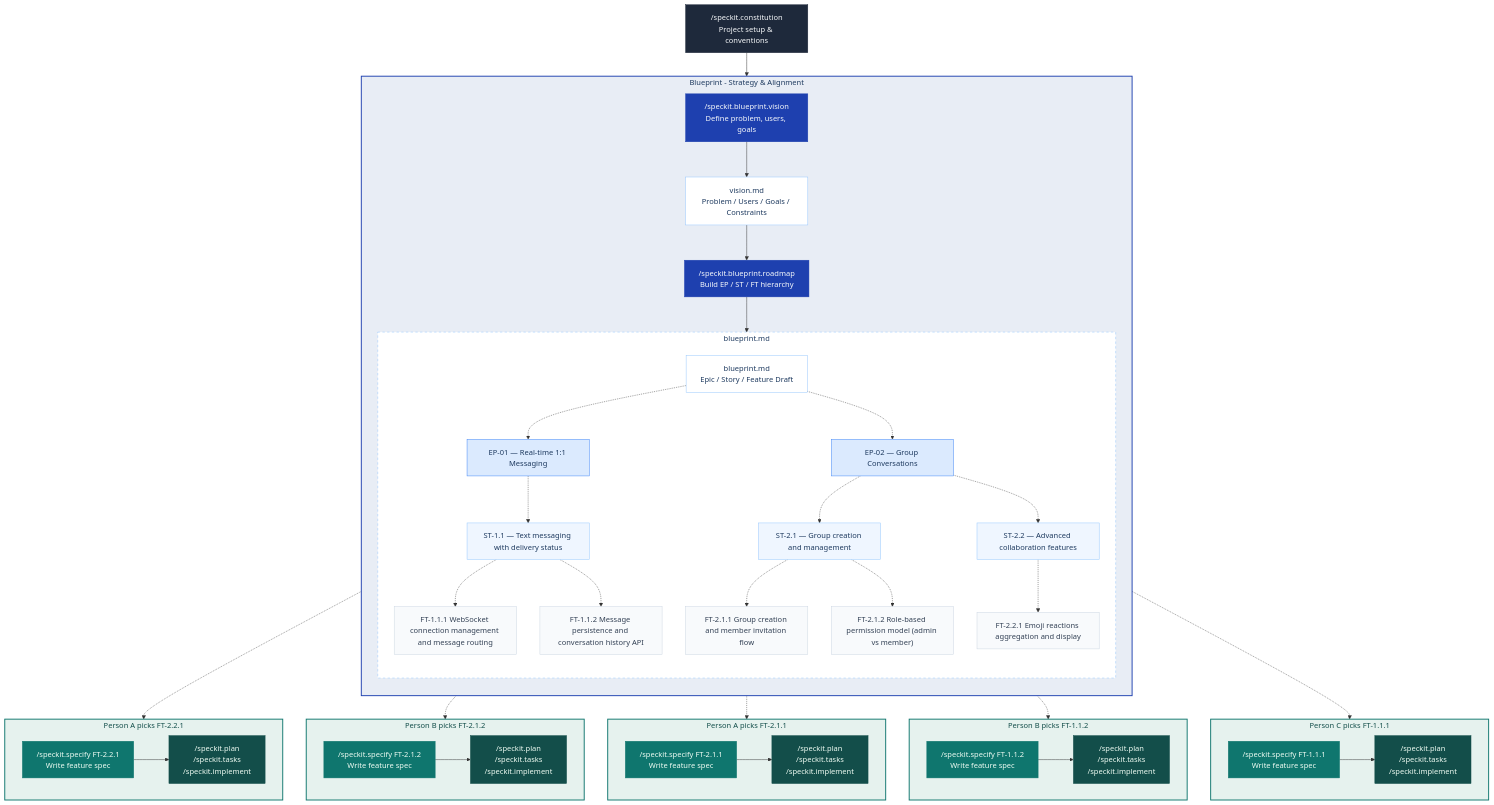
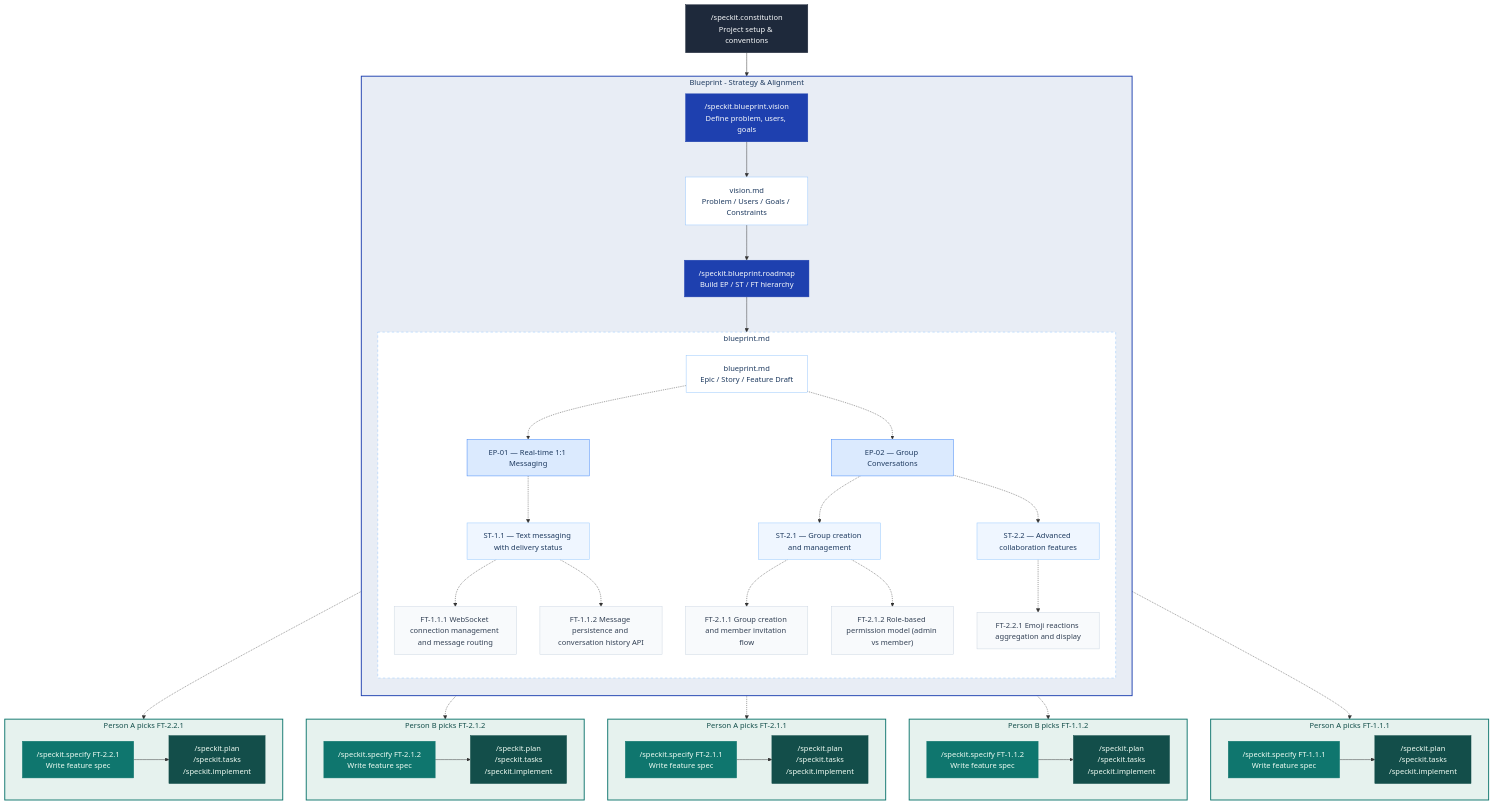
Before and after one commit to jaeryun/spec-kit-blueprint: the diagram in README.md, drawn with Mermaid.

Commit message:
docs: rewrite mermaid chart with intuitive FT/ST variable names and straight edges

````diff
--- a/README.md
+++ b/README.md
@@ -33,48 +33,48 @@
             direction TB
             R -.-> EP1["EP-01 — Real-time 1:1 Messaging"]
             EP1 -.-> ST1["ST-1.1 — Text messaging with delivery status"]
-            ST1 -.-> FT1a["FT-1.1.1 WebSocket connection management and message routing"]
-            ST1 -.-> FT1b["FT-1.1.2 Message persistence and conversation history API"]
+            ST1 -.-> FT_1_1_1["FT-1.1.1 WebSocket connection management and message routing"]
+            ST1 -.-> FT_1_1_2["FT-1.1.2 Message persistence and conversation history API"]
 
             R -.-> EP2["EP-02 — Group Conversations"]
             EP2 -.-> ST2["ST-2.1 — Group creation and management"]
-            ST2 -.-> FT2a["FT-2.1.1 Group creation and member invitation flow"]
-            ST2 -.-> FT2b["FT-2.1.2 Role-based permission model (admin vs member)"]
+            ST2 -.-> FT_2_1_1["FT-2.1.1 Group creation and member invitation flow"]
+            ST2 -.-> FT_2_1_2["FT-2.1.2 Role-based permission model (admin vs member)"]
             EP2 -.-> ST3["ST-2.2 — Advanced collaboration features"]
-            ST3 -.-> FT2c["FT-2.2.1 Emoji reactions aggregation and display"]
+            ST3 -.-> FT_2_2_1["FT-2.2.1 Emoji reactions aggregation and display"]
         end
     end
 
-    subgraph DEV1 ["Person C picks FT-1.1.1"]
+    subgraph DEV1 ["Person A picks FT-1.1.1"]
         direction LR
-        S3a["/speckit.specify FT-1.1.1<br/>Write feature spec"] --> N3a["/speckit.plan<br/>/speckit.tasks<br/>/speckit.implement"]
+        S_1_1_1["/speckit.specify FT-1.1.1<br/>Write feature spec"] --> N_1_1_1["/speckit.plan<br/>/speckit.tasks<br/>/speckit.implement"]
     end
 
     subgraph DEV2 ["Person B picks FT-1.1.2"]
         direction LR
-        S3b["/speckit.specify FT-1.1.2<br/>Write feature spec"] --> N3b["/speckit.plan<br/>/speckit.tasks<br/>/speckit.implement"]
+        S_1_1_2["/speckit.specify FT-1.1.2<br/>Write feature spec"] --> N_1_1_2["/speckit.plan<br/>/speckit.tasks<br/>/speckit.implement"]
     end
 
     subgraph DEV3 ["Person A picks FT-2.1.1"]
         direction LR
-        S1a["/speckit.specify FT-2.1.1<br/>Write feature spec"] --> N1a["/speckit.plan<br/>/speckit.tasks<br/>/speckit.implement"]
+        S_2_1_1["/speckit.specify FT-2.1.1<br/>Write feature spec"] --> N_2_1_1["/speckit.plan<br/>/speckit.tasks<br/>/speckit.implement"]
     end
 
     subgraph DEV4 ["Person B picks FT-2.1.2"]
         direction LR
-        S1b["/speckit.specify FT-2.1.2<br/>Write feature spec"] --> N1b["/speckit.plan<br/>/speckit.tasks<br/>/speckit.implement"]
+        S_2_1_2["/speckit.specify FT-2.1.2<br/>Write feature spec"] --> N_2_1_2["/speckit.plan<br/>/speckit.tasks<br/>/speckit.implement"]
     end
 
     subgraph DEV5 ["Person A picks FT-2.2.1"]
         direction LR
-        S2["/speckit.specify FT-2.2.1<br/>Write feature spec"] --> N2["/speckit.plan<br/>/speckit.tasks<br/>/speckit.implement"]
+        S_2_2_1["/speckit.specify FT-2.2.1<br/>Write feature spec"] --> N_2_2_1["/speckit.plan<br/>/speckit.tasks<br/>/speckit.implement"]
     end
 
-    FT1a -.-> S3a
-    FT1b -.-> S3b
-    FT2a -.-> S1a
-    FT2b -.-> S1b
-    FT2c -.-> S2
+    FT_1_1_1 -.-> S_1_1_1
+    FT_1_1_2 -.-> S_1_1_2
+    FT_2_1_1 -.-> S_2_1_1
+    FT_2_1_2 -.-> S_2_1_2
+    FT_2_2_1 -.-> S_2_2_1
 
     style BP fill:#e8edf5,stroke:#1e40af,stroke-width:2px,color:#1e3a5f
     style HIER fill:#ffffff,stroke:#93c5fd,stroke-dasharray: 5 5,color:#1e3a5f
@@ -93,19 +93,19 @@
     style ST1 fill:#eff6ff,stroke:#93c5fd,color:#1e3a5f
     style ST2 fill:#eff6ff,stroke:#93c5fd,color:#1e3a5f
     style ST3 fill:#eff6ff,stroke:#93c5fd,color:#1e3a5f
-    style FT1a fill:#f8fafc,stroke:#cbd5e1,color:#334155
-    style FT1b fill:#f8fafc,stroke:#cbd5e1,color:#334155
-    style FT2a fill:#f8fafc,stroke:#cbd5e1,color:#334155
-    style FT2b fill:#f8fafc,stroke:#cbd5e1,color:#334155
-    style FT2c fill:#f8fafc,stroke:#cbd5e1,color:#334155
-    style S1a fill:#0f766e,stroke:#0f766e,color:#f0fdf4
-    style S1b fill:#0f766e,stroke:#0f766e,color:#f0fdf4
-    style S2 fill:#0f766e,stroke:#0f766e,color:#f0fdf4
-    style S3a fill:#0f766e,stroke:#0f766e,color:#f0fdf4
-    style S3b fill:#0f766e,stroke:#0f766e,color:#f0fdf4
-    style N1a fill:#134e4a,stroke:#134e4a,color:#f0fdf4
-    style N1b fill:#134e4a,stroke:#134e4a,color:#f0fdf4
-    style N2 fill:#134e4a,stroke:#134e4a,color:#f0fdf4
-    style N3a fill:#134e4a,stroke:#134e4a,color:#f0fdf4
-    style N3b fill:#134e4a,stroke:#134e4a,color:#f0fdf4
+    style FT_1_1_1 fill:#f8fafc,stroke:#cbd5e1,color:#334155
+    style FT_1_1_2 fill:#f8fafc,stroke:#cbd5e1,color:#334155
+    style FT_2_1_1 fill:#f8fafc,stroke:#cbd5e1,color:#334155
+    style FT_2_1_2 fill:#f8fafc,stroke:#cbd5e1,color:#334155
+    style FT_2_2_1 fill:#f8fafc,stroke:#cbd5e1,color:#334155
+    style S_1_1_1 fill:#0f766e,stroke:#0f766e,color:#f0fdf4
+    style S_1_1_2 fill:#0f766e,stroke:#0f766e,color:#f0fdf4
+    style S_2_1_1 fill:#0f766e,stroke:#0f766e,color:#f0fdf4
+    style S_2_1_2 fill:#0f766e,stroke:#0f766e,color:#f0fdf4
+    style S_2_2_1 fill:#0f766e,stroke:#0f766e,color:#f0fdf4
+    style N_1_1_1 fill:#134e4a,stroke:#134e4a,color:#f0fdf4
+    style N_1_1_2 fill:#134e4a,stroke:#134e4a,color:#f0fdf4
+    style N_2_1_1 fill:#134e4a,stroke:#134e4a,color:#f0fdf4
+    style N_2_1_2 fill:#134e4a,stroke:#134e4a,color:#f0fdf4
+    style N_2_2_1 fill:#134e4a,stroke:#134e4a,color:#f0fdf4
 ```
````
